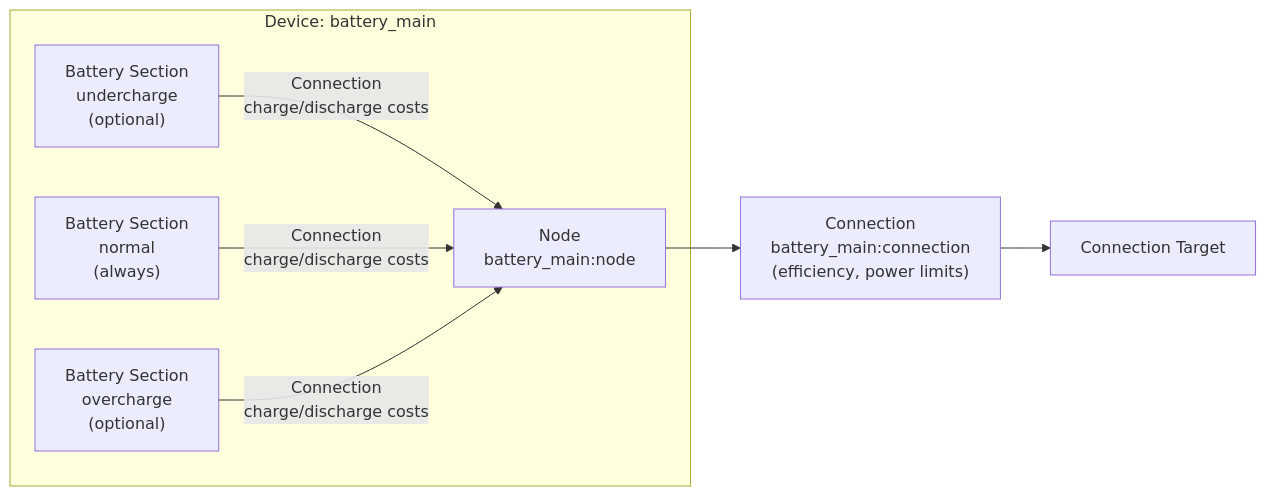
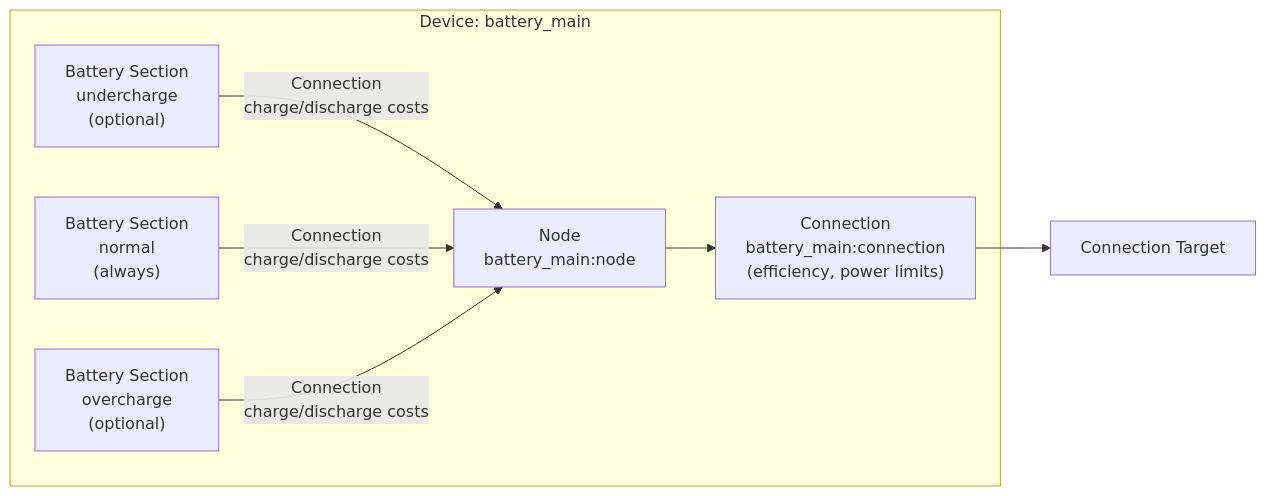
Before and after one commit to hass-energy/haeo: the diagram in docs/modeling/device-layer/battery.md, drawn with Mermaid. The commit also changed 2 other files, not shown here.

Commit message:
Minor fixes

````diff
--- a/docs/modeling/device-layer/battery.md
+++ b/docs/modeling/device-layer/battery.md
@@ -7,19 +7,20 @@
 ```mermaid
 graph LR
     subgraph "Device: battery_main"
         BU["Battery Section<br/>undercharge<br/>(optional)"]
         BN["Battery Section<br/>normal<br/>(always)"]
         BO["Battery Section<br/>overcharge<br/>(optional)"]
         Node["Node<br/>battery_main:node"]
 
         BU -->|Connection<br/>charge/discharge costs| Node
         BN -->|Connection<br/>charge/discharge costs| Node
         BO -->|Connection<br/>charge/discharge costs| Node
+
+        Conn["Connection<br/>battery_main:connection<br/>(efficiency, power limits)"]
+
     end
-
-    Conn["Connection<br/>battery_main:connection<br/>(efficiency, power limits)"]
     Target[Connection Target]
 
     Node --> Conn
     Conn --> Target
 ```
````
